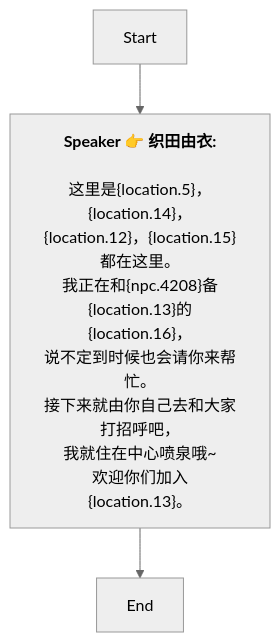
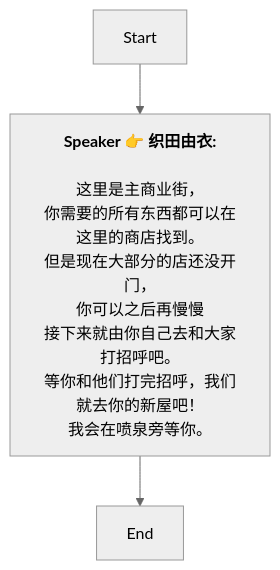
One commit to SoftHu/tos_avg changed the diagram in Zh/QuestStartTalkENode_1741757389221183.md. Above: the diagram before and after it, drawn with Mermaid (neutral theme). The commit also changed 228 other files, not shown here.

````diff
--- a/Zh/QuestStartTalkENode_1741757389221183.md
+++ b/Zh/QuestStartTalkENode_1741757389221183.md
@@ -1,14 +1,14 @@
 ```mermaid
 graph
 Start -->1741757429204290[<b>Speaker 👉 织田由衣:</b>
 
-这里是&lbrace;location.5&rbrace;，
-&lbrace;location.14&rbrace;，&lbrace;location.12&rbrace;，&lbrace;location.15&rbrace;都在这里。
-我正在和&lbrace;npc.4208&rbrace;备&lbrace;location.13&rbrace;的&lbrace;location.16&rbrace;，
-说不定到时候也会请你来帮忙。
-接下来就由你自己去和大家打招呼吧，
-我就住在中心喷泉哦~
-欢迎你们加入&lbrace;location.13&rbrace;。]
+这里是主商业街，
+你需要的所有东西都可以在这里的商店找到。
+但是现在大部分的店还没开门，
+你可以之后再慢慢
+接下来就由你自己去和大家打招呼吧。
+等你和他们打完招呼，我们就去你的新屋吧！
+我会在喷泉旁等你。]
 1741757429204290 -->1741757508892995[End]
 
  ```
````
